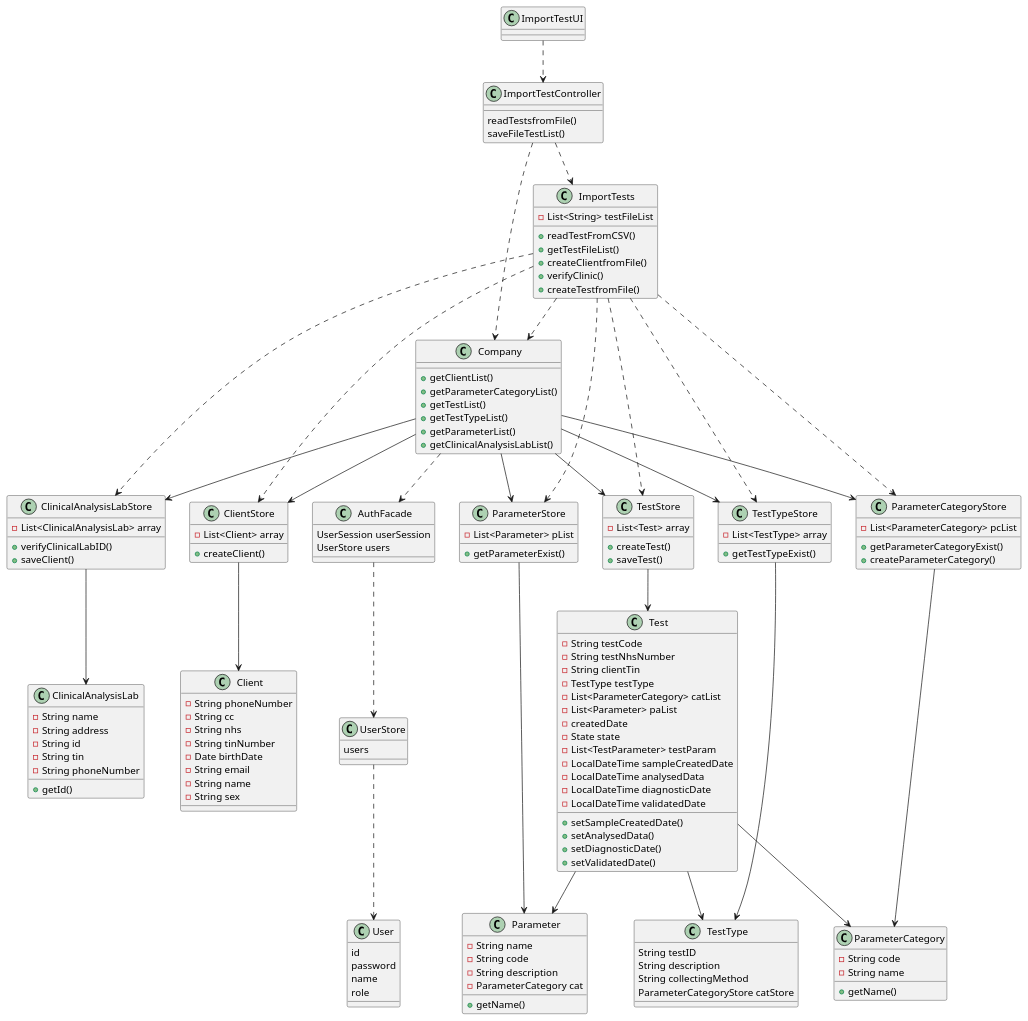
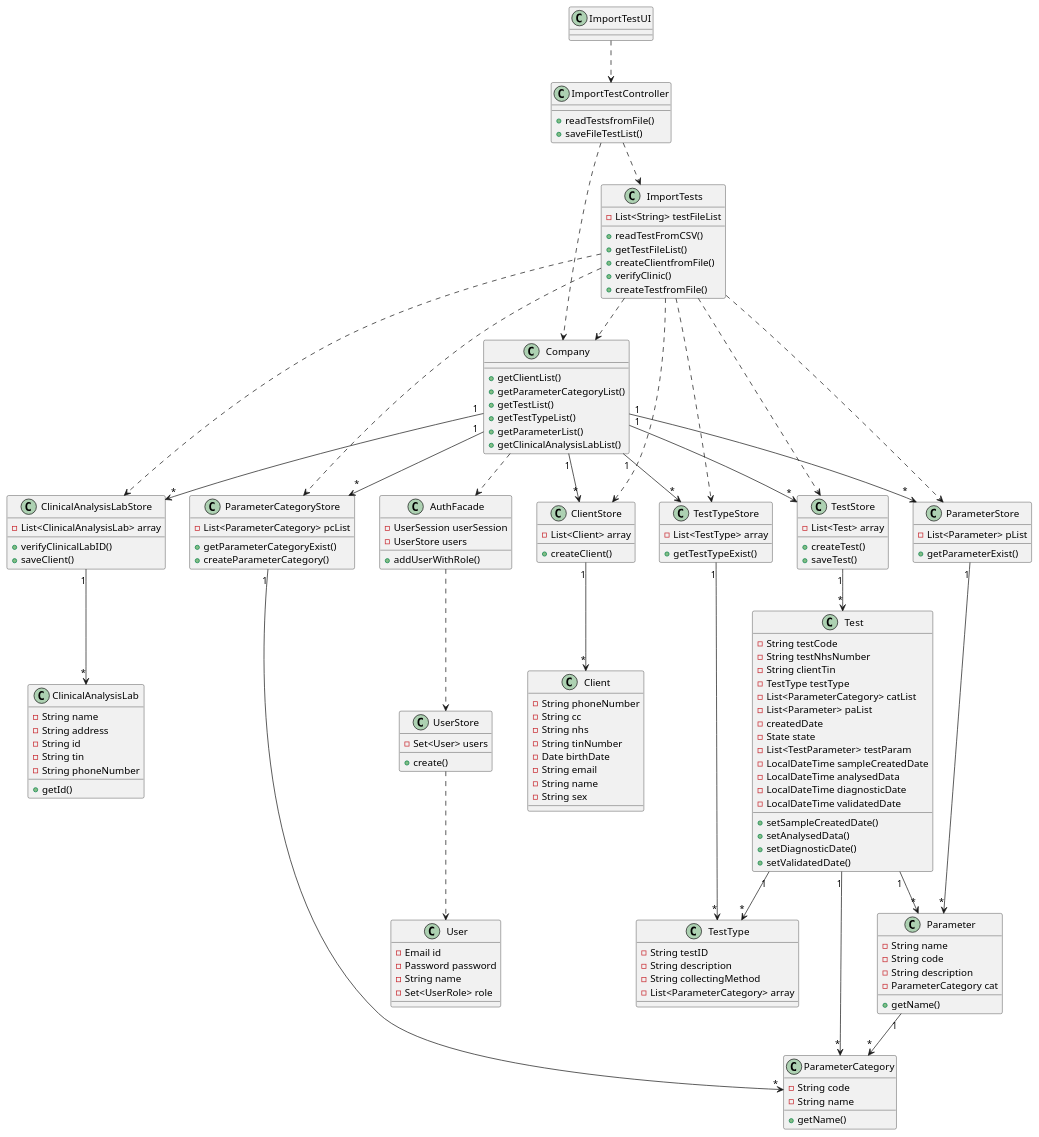
The diagram in docs/SprintD/US17/US17_CD.puml (MarianaCLages/LAPR2), drawn with PlantUML before and after one commit. The commit also changed 8 other files, not shown here.

```diff
--- a/docs/SprintD/US17/US17_CD.puml
+++ b/docs/SprintD/US17/US17_CD.puml
@@ -1,165 +1,168 @@
 @startuml
 
 class ImportTestUI{
 }
 
 class ImportTestController{
-readTestsfromFile()
-saveFileTestList()
++readTestsfromFile()
++saveFileTestList()
 
 
 }
 
 class TestStore{
 -List<Test> array
 +createTest()
 +saveTest()
 }
 
 class Test{
 -String testCode
 -String testNhsNumber
 -String clientTin
 -TestType testType
 -List<ParameterCategory> catList
 -List<Parameter> paList
 -createdDate
 -State state
 -List<TestParameter> testParam
 -LocalDateTime sampleCreatedDate
 -LocalDateTime analysedData
 -LocalDateTime diagnosticDate
 -LocalDateTime validatedDate
 +setSampleCreatedDate()
 +setAnalysedData()
 +setDiagnosticDate()
 +setValidatedDate()
 }
 
 class Company{
 
 +getClientList()
 +getParameterCategoryList()
 +getTestList()
 +getTestTypeList()
 +getParameterList()
 +getClinicalAnalysisLabList()
 
 }
 
 class ImportTests{
 -List<String> testFileList
 +readTestFromCSV()
 +getTestFileList()
 +createClientfromFile()
 +verifyClinic()
 +createTestfromFile()
 }
 
 class ClinicalAnalysisLabStore{
 -List<ClinicalAnalysisLab> array
 +verifyClinicalLabID()
 +saveClient()
 }
 class ClinicalAnalysisLab{
 -String name
 -String address
 -String id
 -String tin
 -String phoneNumber
 +getId()
 }
 class AuthFacade{
-UserSession userSession
-UserStore users
+-UserSession userSession
+-UserStore users
++addUserWithRole()
 }
 class UserStore{
-users
+-Set<User> users
++create()
 }
 class User{
-id
-password
-name
-role
+-Email id
+-Password password
+-String name
+-Set<UserRole> role
 }
 
 class ClientStore{
 -List<Client> array
 +createClient()
 }
 
 class Client{
 -String phoneNumber
 -String cc
 -String nhs
 -String tinNumber
 -Date birthDate
 -String email
 -String name
 -String sex
 
 }
 class ParameterStore{
 -List<Parameter> pList
 +getParameterExist()
 }
 class Parameter{
 -String name
 -String code
 -String description
 -ParameterCategory cat
 +getName()
 }
 class TestTypeStore{
 -List<TestType> array
 +getTestTypeExist()
 }
 class TestType{
-String testID
-String description
-String collectingMethod
-ParameterCategoryStore catStore
+-String testID
+-String description
+-String collectingMethod
+-List<ParameterCategory> array
 }
 
 class ParameterCategoryStore{
 -List<ParameterCategory> pcList
 +getParameterCategoryExist()
 +createParameterCategory()
 }
 class ParameterCategory{
 -String code
 -String name
 +getName()
 }
 
 ImportTestUI ..> ImportTestController
 ImportTestController ..> ImportTests
 ImportTestController ..> Company
 ImportTests ..> Company
-Company --> ClinicalAnalysisLabStore
-Company --> ClientStore
-Company -->TestStore
-Company --> ParameterStore
-Company --> ParameterCategoryStore
-Company --> TestTypeStore
-TestTypeStore --> TestType
-Test --> TestType
-ParameterStore --> Parameter
-ParameterCategoryStore --> ParameterCategory
-ClientStore --> Client
-TestStore --> Test
-Test --> Parameter
-Test --> ParameterCategory
-ClinicalAnalysisLabStore --> ClinicalAnalysisLab
+Company "1"-->"*" ClinicalAnalysisLabStore
+Company "1"-->"*" ClientStore
+Company "1"-->"*"TestStore
+Company "1"-->"*" ParameterStore
+Company "1"-->"*" ParameterCategoryStore
+Company "1"-->"*" TestTypeStore
+TestTypeStore "1"-->"*" TestType
+Test "1"-->"*" TestType
+ParameterStore "1"-->"*" Parameter
+ParameterCategoryStore "1"-->"*" ParameterCategory
+ClientStore "1"-->"*" Client
+TestStore "1"-->"*" Test
+Test "1"-->"*" Parameter
+Test "1"-->"*" ParameterCategory
+ClinicalAnalysisLabStore "1"-->"*" ClinicalAnalysisLab
 ImportTests ..> TestTypeStore
 ImportTests ..> ParameterCategoryStore
 ImportTests ..> ParameterStore
 ImportTests ..> ClinicalAnalysisLabStore
 ImportTests ..> TestStore
 ImportTests ..> ClientStore
 Company ..> AuthFacade
 AuthFacade ..> UserStore
 UserStore ..> User
+Parameter "1"-->"*" ParameterCategory
 
 
 @enduml
```
